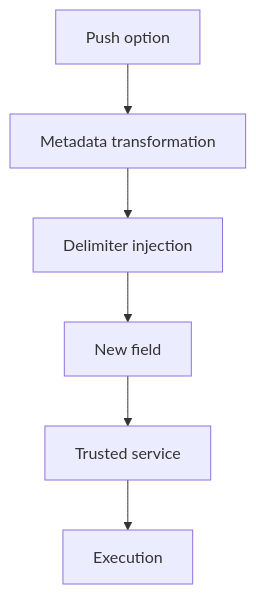
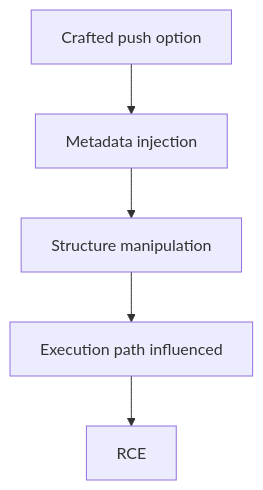
The third of 7 diagrams in cve/github/CVE-2026-3854.md (pullsec/hugo-content), drawn with Mermaid before and after one commit. The commit also changed other lines of this file, not shown here.

````diff
--- a/cve/github/CVE-2026-3854.md
+++ b/cve/github/CVE-2026-3854.md
@@ -225,9 +205,8 @@
 ```mermaid
 flowchart TD
-    A["Push option"]
-        --> B["Metadata transformation"]
-        --> C["Delimiter injection"]
-        --> D["New field"]
-        --> E["Trusted service"]
-        --> F["Execution"]
+    A["Crafted push option"]
+        --> B["Metadata injection"]
+        --> C["Structure manipulation"]
+        --> D["Execution path influenced"]
+        --> E["RCE"]
 ```
````
